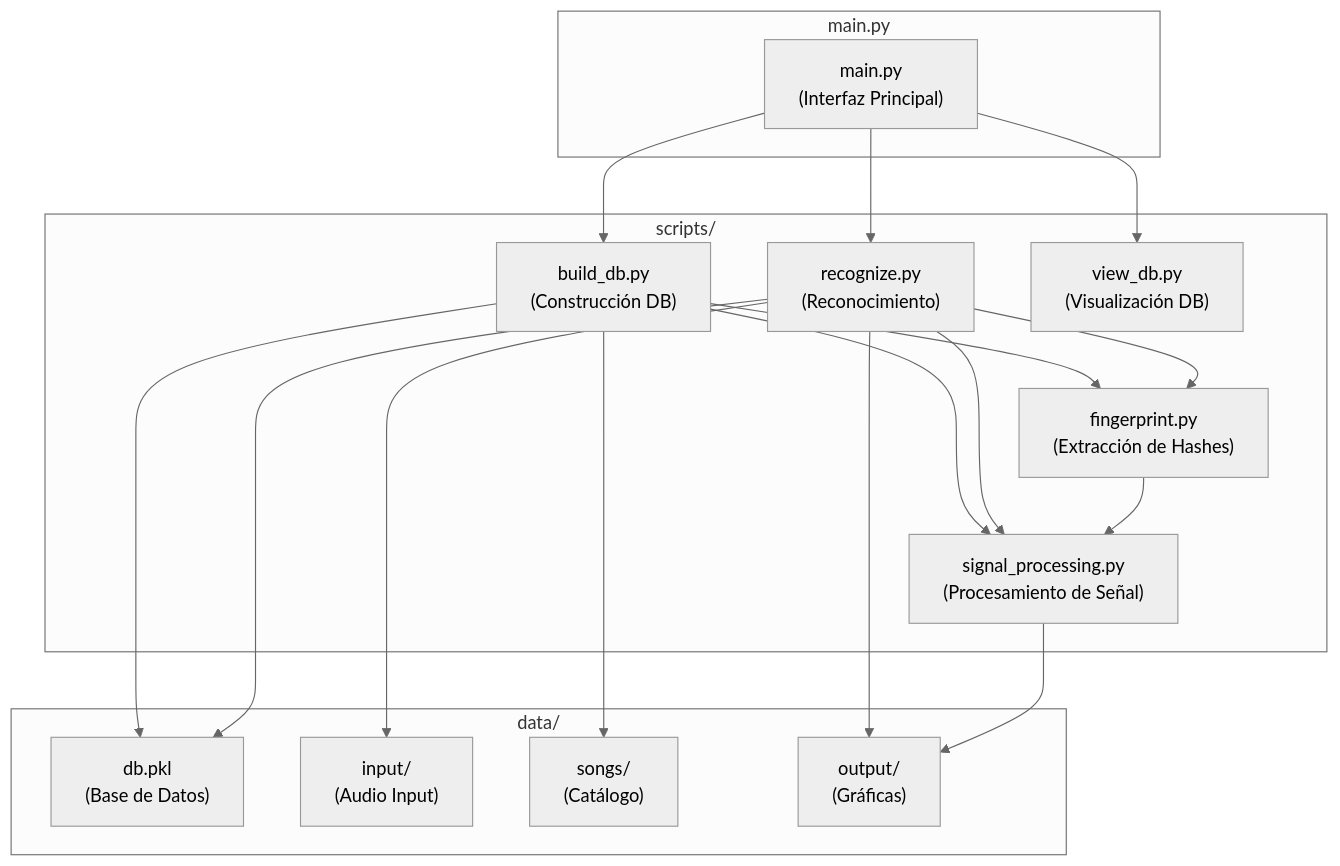
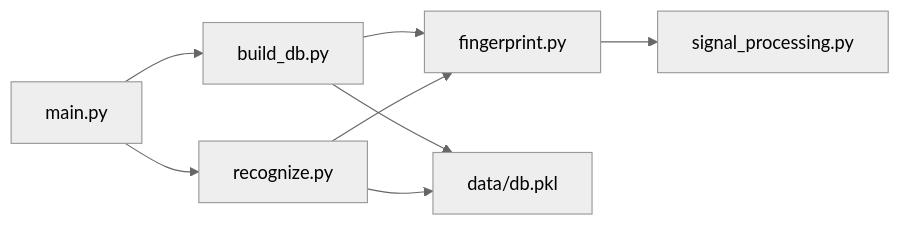
Before and after one commit to alejoDev117/Matematicas-especiales: the first of 2 diagrams in README.md, drawn with Mermaid (neutral theme). The commit also changed other lines of this file, not shown here.

````diff
--- a/README.md
+++ b/README.md
@@ -19,40 +19,15 @@
 ```mermaid
-graph TB
-    subgraph "main.py"
-        MAIN["main.py<br/>(Interfaz Principal)"]
-    end
+graph LR
+    MAIN["main.py"]
     
-    subgraph "scripts/"
-        BUILD["build_db.py<br/>(Construcción DB)"]
-        RECOG["recognize.py<br/>(Reconocimiento)"]
-        FINGER["fingerprint.py<br/>(Extracción de Hashes)"]
-        SIGNAL["signal_processing.py<br/>(Procesamiento de Señal)"]
-        VIEW["view_db.py<br/>(Visualización DB)"]
-    end
+    MAIN --> BUILD["build_db.py"]
+    MAIN --> RECOG["recognize.py"]
     
-    subgraph "data/"
-        DB["db.pkl<br/>(Base de Datos)"]
-        INPUT["input/<br/>(Audio Input)"]
-        SONGS["songs/<br/>(Catálogo)"]
-        OUTPUT["output/<br/>(Gráficas)"]
-    end
+    BUILD --> FINGER["fingerprint.py"]
+    RECOG --> FINGER
     
-    MAIN --> BUILD
-    MAIN --> RECOG
-    MAIN --> VIEW
+    FINGER --> SIGNAL["signal_processing.py"]
     
-    BUILD --> FINGER
-    BUILD --> SIGNAL
-    BUILD --> DB
-    
-    RECOG --> FINGER
-    RECOG --> SIGNAL
+    BUILD --> DB["data/db.pkl"]
     RECOG --> DB
-    RECOG --> OUTPUT
-    
-    FINGER --> SIGNAL
-    
-    BUILD --> SONGS
-    RECOG --> INPUT
-    SIGNAL --> OUTPUT
 ```
````
